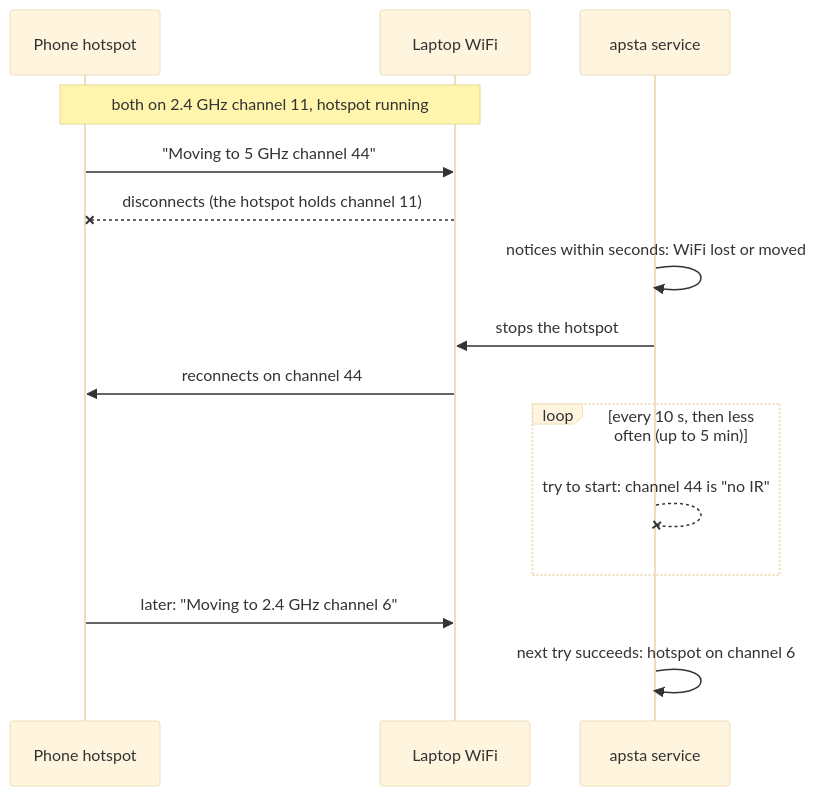
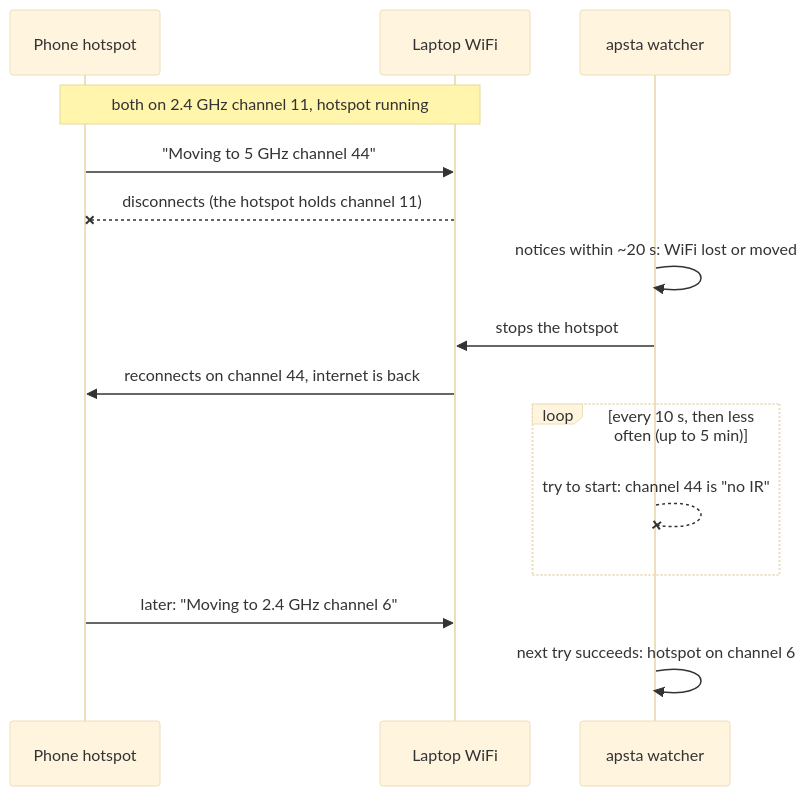
The second of 2 diagrams in docs/5ghz-wifi.md (krotrn/apsta), drawn with Mermaid (base theme) before and after one commit. The commit also changed other lines of this file and 11 other files, not shown here.

First line of the commit message:
fix: watch hotspots started with apsta start, so WiFi can follow its network

````diff
--- a/docs/5ghz-wifi.md
+++ b/docs/5ghz-wifi.md
@@ -98,17 +100,17 @@
 ```mermaid
 sequenceDiagram
     participant P as Phone hotspot
     participant L as Laptop WiFi
-    participant S as apsta service
+    participant W as apsta watcher
     Note over P,L: both on 2.4 GHz channel 11, hotspot running
     P->>L: "Moving to 5 GHz channel 44"
     L--xP: disconnects (the hotspot holds channel 11)
-    S->>S: notices within seconds: WiFi lost or moved
-    S->>L: stops the hotspot
-    L->>P: reconnects on channel 44
+    W->>W: notices within ~20 s: WiFi lost or moved
+    W->>L: stops the hotspot
+    L->>P: reconnects on channel 44, internet is back
     loop every 10 s, then less often (up to 5 min)
-        S--xS: try to start: channel 44 is "no IR"
+        W--xW: try to start: channel 44 is "no IR"
     end
     P->>L: later: "Moving to 2.4 GHz channel 6"
-    S->>S: next try succeeds: hotspot on channel 6
+    W->>W: next try succeeds: hotspot on channel 6
 ```
````
